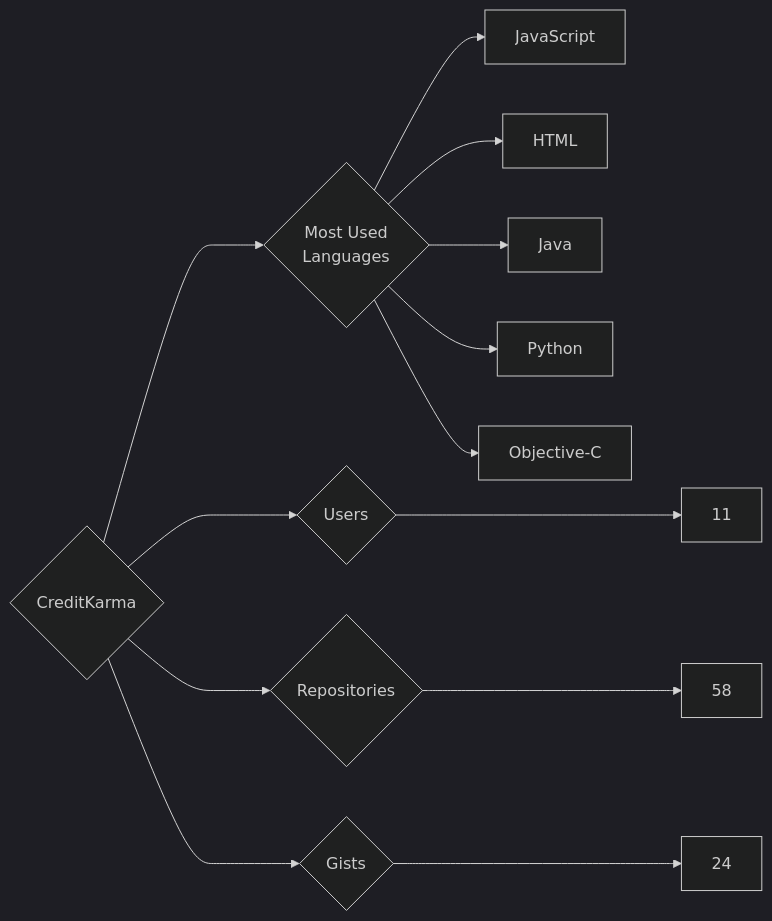
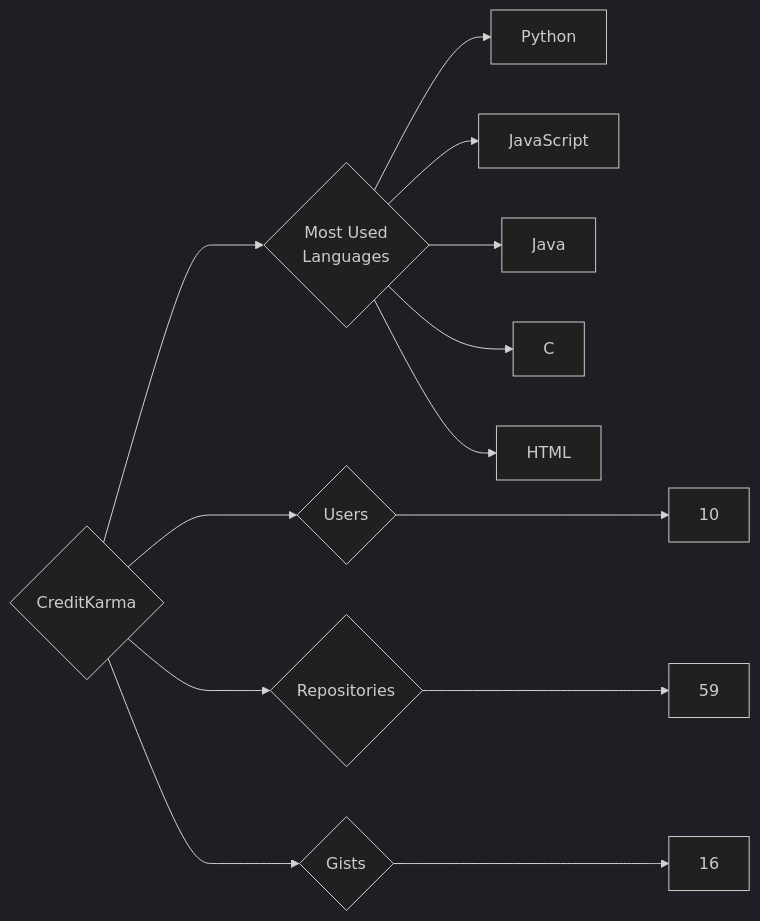
The diagram in targets/CreditKarma/README.md (trickest/insiders), drawn with Mermaid (dark theme) before and after one commit. The commit also changed 857 other files, not shown here.

````diff
--- a/targets/CreditKarma/README.md
+++ b/targets/CreditKarma/README.md
@@ -3,13 +3,13 @@
 ```mermaid
 graph LR
 COMPANY_NAME{CreditKarma}
-COMPANY_NAME ---> U{Users} ---> UN[11]
-COMPANY_NAME ---> R{Repositories} ---> RN[58]
-COMPANY_NAME ---> G{Gists} ---> GN[24]
+COMPANY_NAME ---> U{Users} ---> UN[10]
+COMPANY_NAME ---> R{Repositories} ---> RN[59]
+COMPANY_NAME ---> G{Gists} ---> GN[16]
 COMPANY_NAME ---> ML{Most Used<br>Languages}
+ML --> Python[Python]
 ML --> JavaScript[JavaScript]
+ML --> Java[Java]
+ML --> C[C]
 ML --> HTML[HTML]
-ML --> Java[Java]
-ML --> Python[Python]
-ML --> Objective-C[Objective-C]
 ```
````
